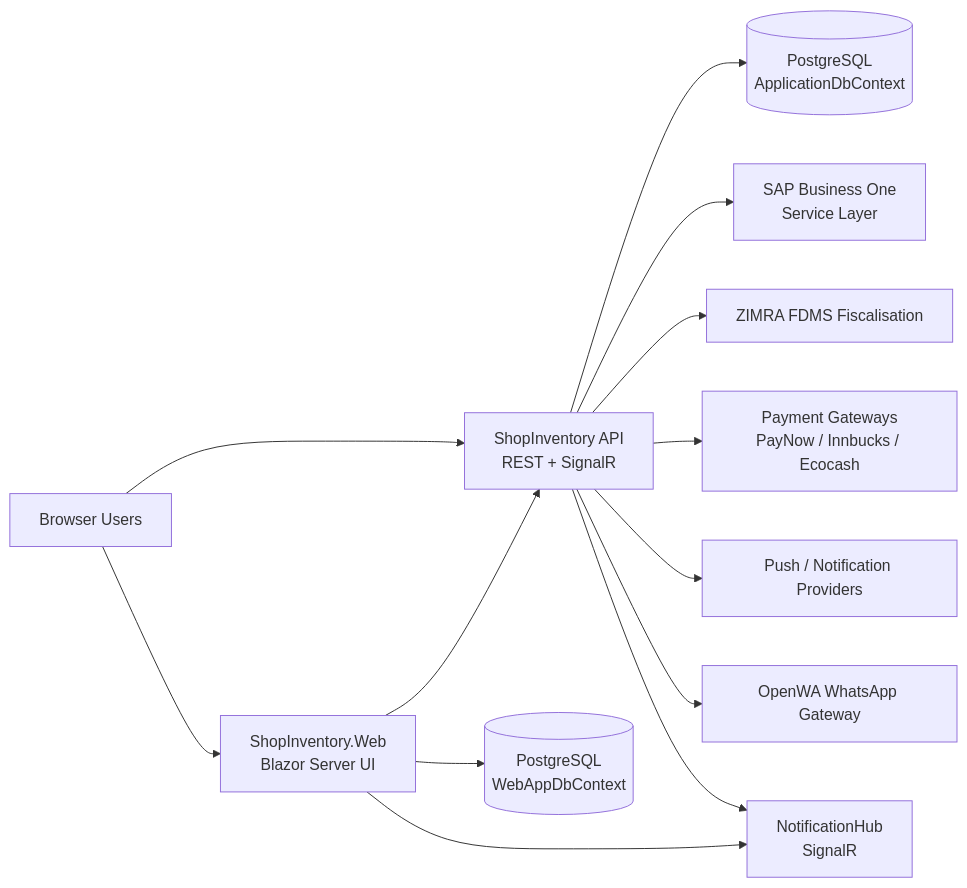
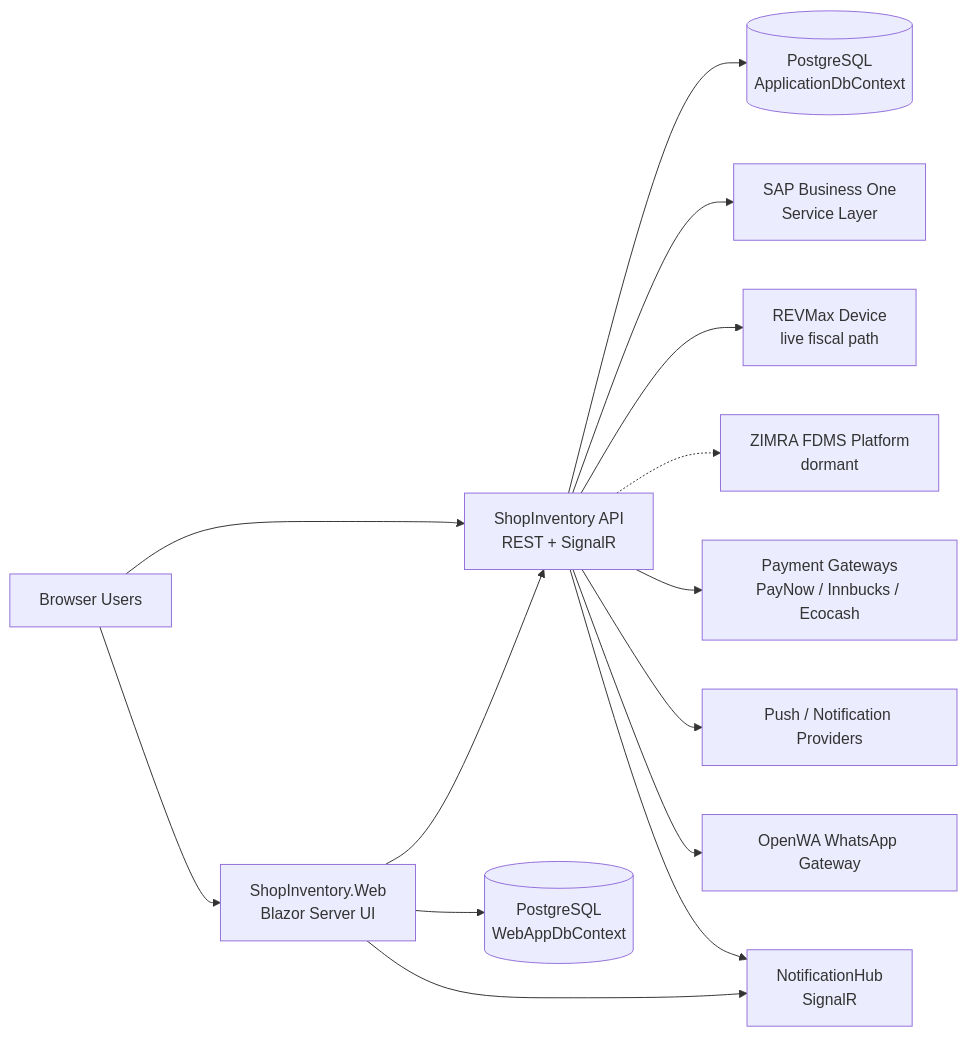
The first of 2 diagrams in architecture.md (Ngonie69/ShopInventory), drawn with Mermaid before and after one commit. The commit also changed other lines of this file and 4 other files, not shown here.

````diff
--- a/architecture.md
+++ b/architecture.md
@@ -18,18 +18,21 @@
 ```mermaid
 flowchart LR
     Browser[Browser Users] --> Web[ShopInventory.Web\nBlazor Server UI]
     Browser --> Api[ShopInventory API\nREST + SignalR]
     Web --> Api
 
     Api --> ApiDb[(PostgreSQL\nApplicationDbContext)]
     Web --> WebDb[(PostgreSQL\nWebAppDbContext)]
 
     Api --> SAP[SAP Business One\nService Layer]
-    Api --> REV[ZIMRA FDMS Fiscalisation]
+    Api --> REV[REVMax Device
+live fiscal path]
+    Api -.-> FDMS[ZIMRA FDMS Platform
+dormant]
     Api --> Pay[Payment Gateways\nPayNow / Innbucks / Ecocash]
     Api --> Push[Push / Notification Providers]
     Api --> OpenWA[OpenWA WhatsApp Gateway]
 
     Api --> Hub[NotificationHub\nSignalR]
     Web --> Hub
 ```
````
